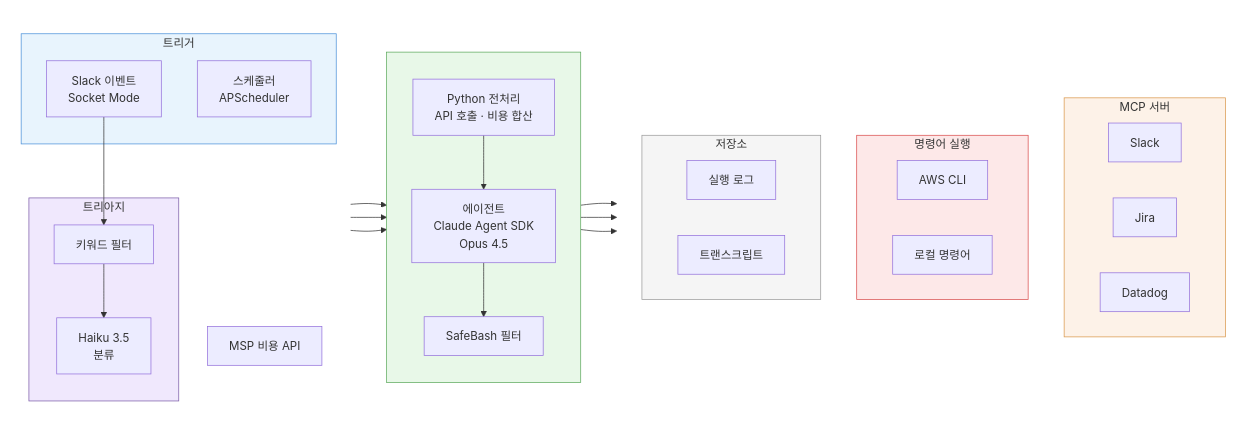
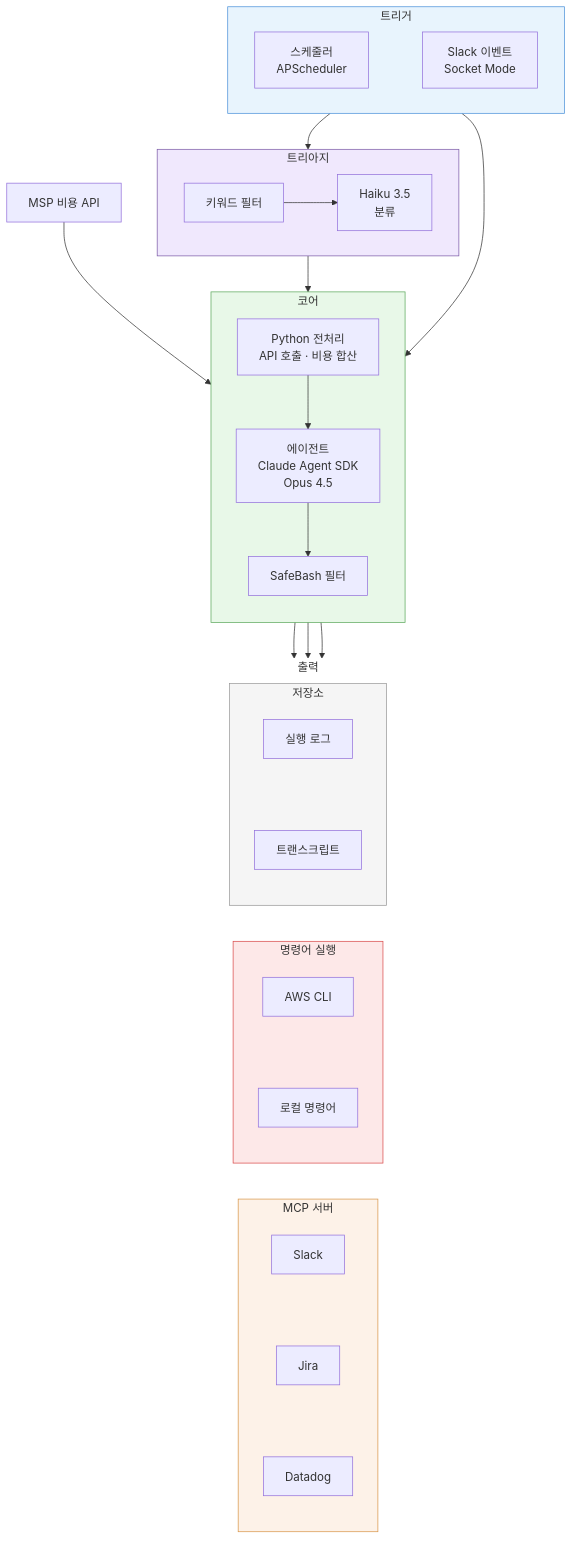
Before and after one commit to kimduksoo/duksoo-tech-blog: the first of 3 diagrams in content/ai/ai-infra-automation.md, drawn with Mermaid.

Commit message:
시스템 개요 다이어그램 수직 레이아웃 정리

````diff
--- a/content/ai/ai-infra-automation.md
+++ b/content/ai/ai-infra-automation.md
@@ -26,57 +26,49 @@
 ```mermaid
-flowchart LR
-    subgraph Input[" "]
-        direction TB
-        subgraph 트리거
-            Cron[스케줄러<br/>APScheduler]
-            Event[Slack 이벤트<br/>Socket Mode]
-        end
-        subgraph 트리아지
-            KW[키워드 필터]
-            Haiku[Haiku 3.5<br/>분류]
-        end
-        MSP[MSP 비용 API]
+flowchart TB
+    subgraph 트리거
+        direction LR
+        Cron[스케줄러<br/>APScheduler] ~~~ Event[Slack 이벤트<br/>Socket Mode]
     end
 
-    subgraph Core[" "]
-        direction TB
-        Pre[Python 전처리<br/>API 호출 · 비용 합산]
-        Agent[에이전트<br/>Claude Agent SDK<br/>Opus 4.5]
-        Safe[SafeBash 필터]
+    subgraph 트리아지
+        direction LR
+        KW[키워드 필터] --> Haiku[Haiku 3.5<br/>분류]
     end
 
-    subgraph Output[" "]
+    MSP[MSP 비용 API]
+
+    subgraph 코어
         direction TB
+        Pre[Python 전처리<br/>API 호출 · 비용 합산] --> Agent[에이전트<br/>Claude Agent SDK<br/>Opus 4.5]
+        Agent --> Safe[SafeBash 필터]
+    end
+
+    subgraph 출력
+        direction LR
         subgraph MCP[MCP 서버]
-            S[Slack]
-            J[Jira]
-            D[Datadog]
+            S[Slack] ~~~ J[Jira] ~~~ D[Datadog]
         end
         subgraph CLI[명령어 실행]
-            AWS[AWS CLI]
-            Local[로컬 명령어]
+            AWS[AWS CLI] ~~~ Local[로컬 명령어]
         end
         subgraph 저장소
-            Log[실행 로그]
-            Transcript[트랜스크립트]
+            Log[실행 로그] ~~~ Transcript[트랜스크립트]
         end
     end
 
     Cron --> Pre
-    Event --> KW --> Haiku
+    Event --> KW
     MSP --> Pre
-    Pre --> Agent
     Haiku --> Agent
+    Safe --> CLI
     Agent --> MCP
-    Agent --> Safe --> CLI
     Agent --> 저장소
 
-    style Input fill:none,stroke:none
-    style Core fill:#e8f8e8,stroke:#5ba85b
-    style Output fill:none,stroke:none
     style 트리거 fill:#e8f4fd,stroke:#4a90d9
     style 트리아지 fill:#f0e8fd,stroke:#7b5ba8
+    style 코어 fill:#e8f8e8,stroke:#5ba85b
+    style 출력 fill:none,stroke:none
     style MCP fill:#fdf2e8,stroke:#d9964a
     style CLI fill:#fde8e8,stroke:#d94a4a
     style 저장소 fill:#f5f5f5,stroke:#999999
 ```
````
